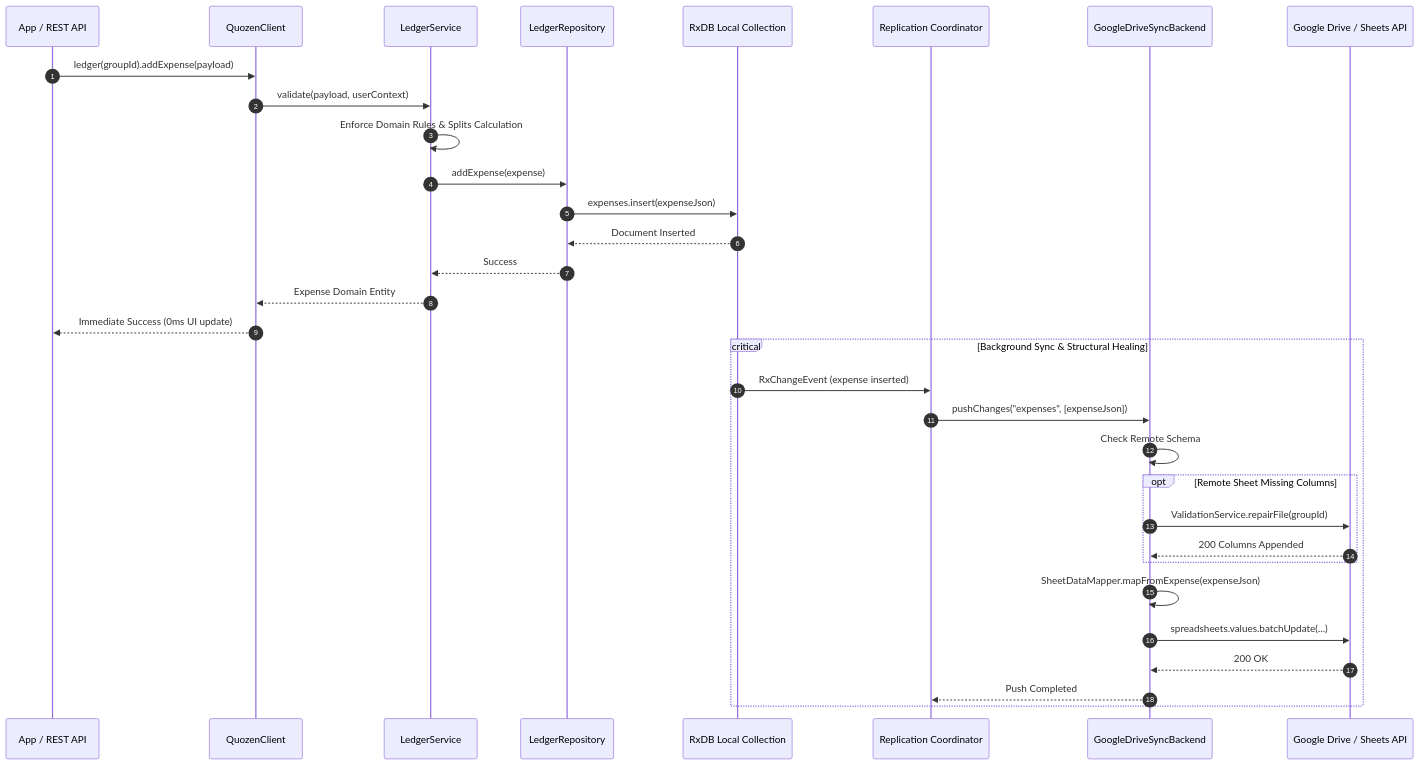
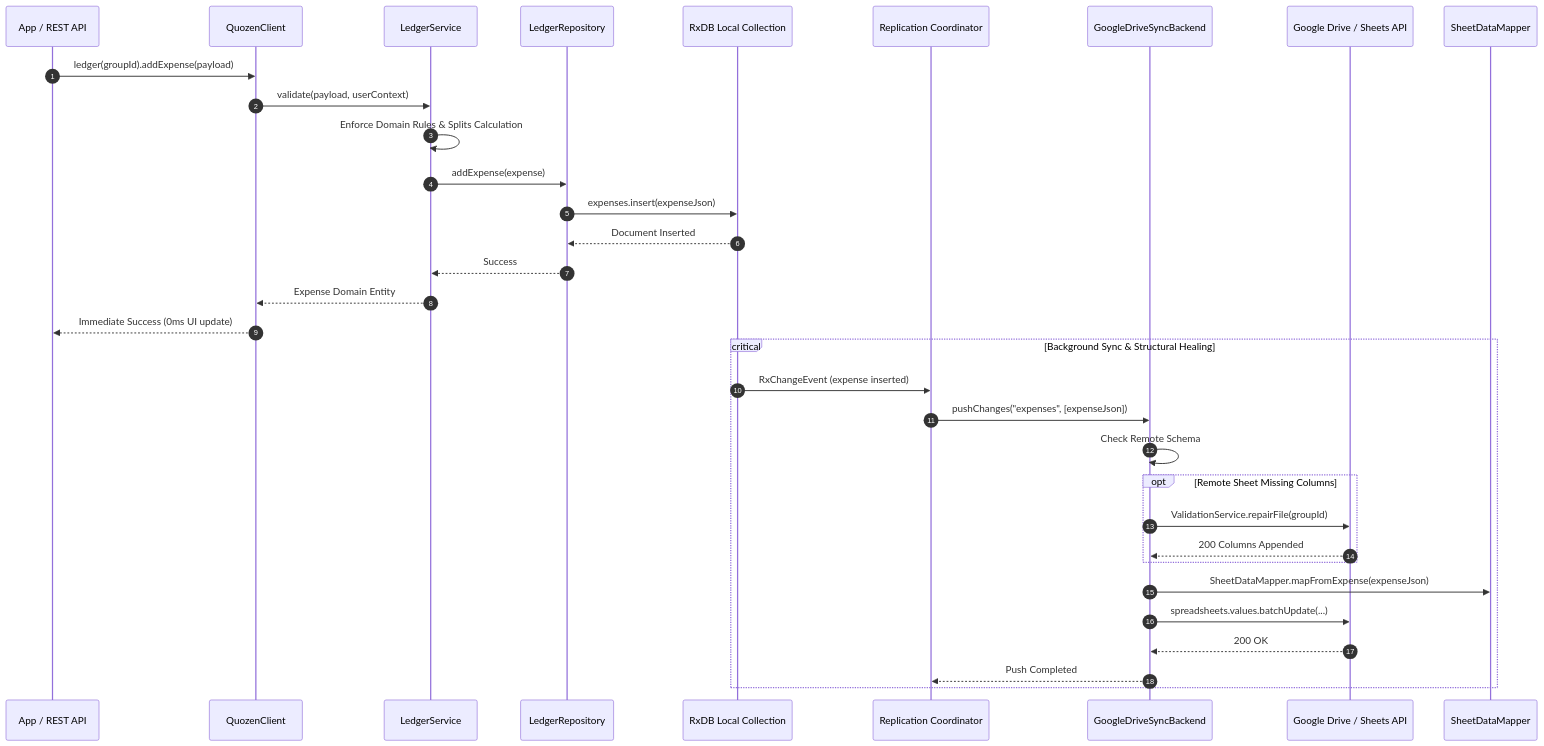
Before and after one commit to qozara/Quozen: the diagram in docs/architecture/core-logic-architecture.md, drawn with Mermaid. The commit also changed other lines of this file and 42 other files, not shown here.

````diff
--- a/docs/architecture/core-logic-architecture.md
+++ b/docs/architecture/core-logic-architecture.md
@@ -9,38 +9,38 @@
 ```mermaid
 sequenceDiagram
     autonumber
     participant Client as App / REST API
     participant SDK as QuozenClient
     participant Ledger as LedgerService
     participant Repo as LedgerRepository
     participant DB as RxDB Local Collection
     participant Repl as Replication Coordinator
     participant Backend as GoogleDriveSyncBackend
     participant Drive as Google Drive / Sheets API
 
     %% 1. Synchronous Local-First Execution (0ms UI latency)
     Client->>SDK: ledger(groupId).addExpense(payload)
     SDK->>Ledger: validate(payload, userContext)
     Ledger->>Ledger: Enforce Domain Rules & Splits Calculation
     Ledger->>Repo: addExpense(expense)
     Repo->>DB: expenses.insert(expenseJson)
     DB-->>Repo: Document Inserted
     Repo-->>Ledger: Success
     Ledger-->>SDK: Expense Domain Entity
     SDK-->>Client: Immediate Success (0ms UI update)
 
     %% 2. Asynchronous Background Replication
     critical Background Sync & Structural Healing
         DB->>Repl: RxChangeEvent (expense inserted)
         Repl->>Backend: pushChanges("expenses", [expenseJson])
         Backend->>Backend: Check Remote Schema
         opt Remote Sheet Missing Columns
             Backend->>Drive: ValidationService.repairFile(groupId)
             Drive-->>Backend: 200 Columns Appended
         end
-        Backend->>Backend: SheetDataMapper.mapFromExpense(expenseJson)
+        Backend->>SheetDataMapper: SheetDataMapper.mapFromExpense(expenseJson)
         Backend->>Drive: spreadsheets.values.batchUpdate(...)
         Drive-->>Backend: 200 OK
         Backend-->>Repl: Push Completed
     end
 ```
````
